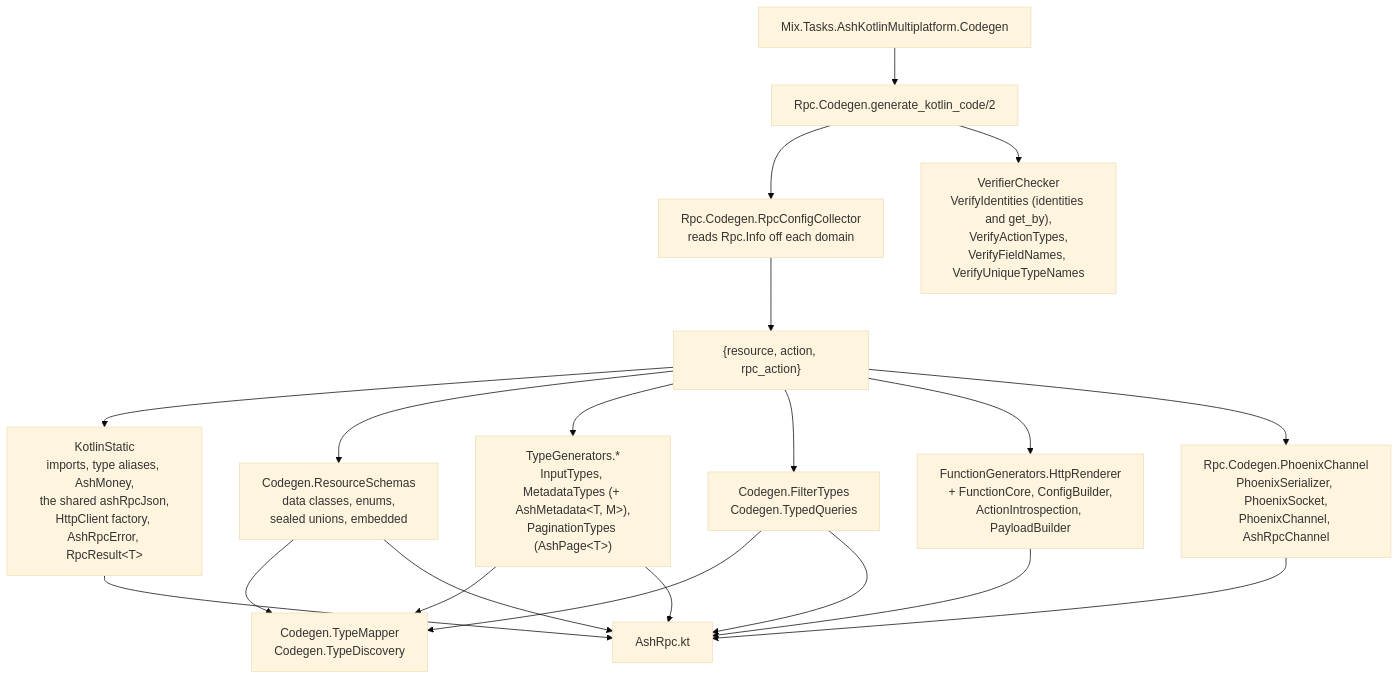
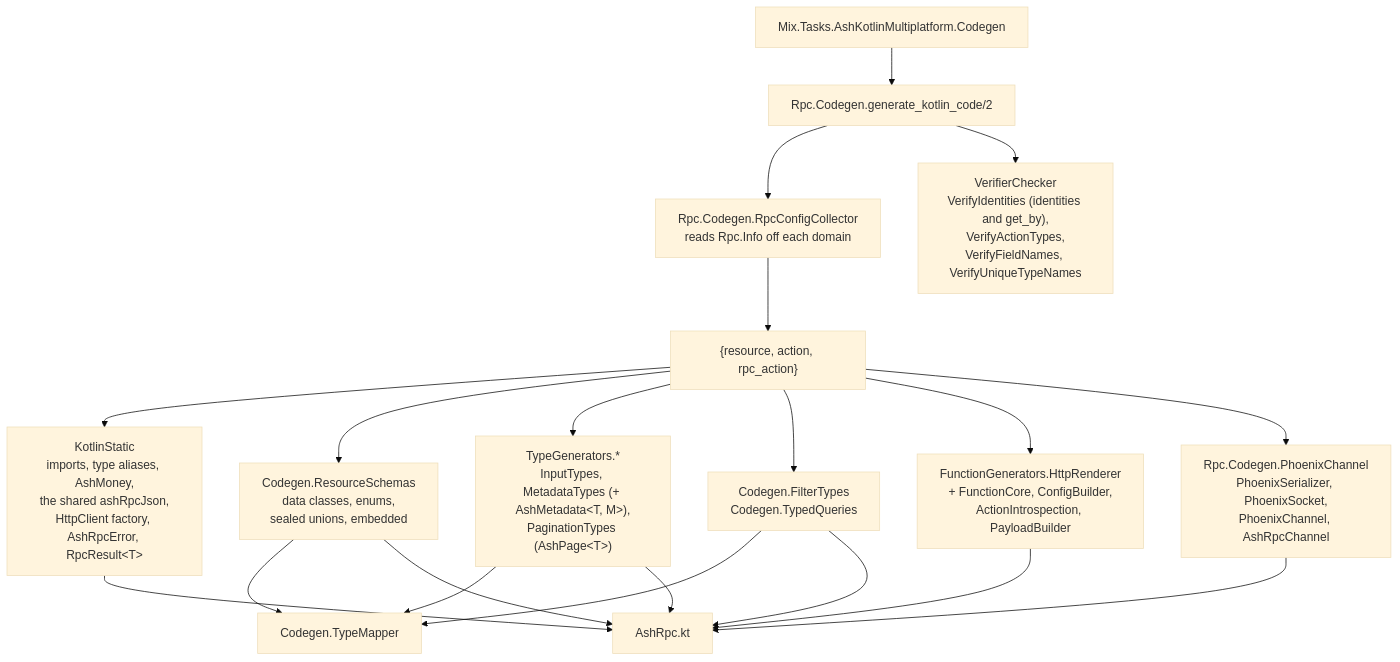
One commit to udin-io/ash_kotlin_multiplatform changed the third of 5 diagrams in docs/architecture.md. Above: the diagram before and after it, drawn with Mermaid (base theme). The commit also changed 4 other files, not shown here.

First line of the commit message:
Delete the dead Codegen.TypeDiscovery module (part of #27) (#83)

````diff
--- a/docs/architecture.md
+++ b/docs/architecture.md
@@ -91,27 +91,27 @@
 ```mermaid
 flowchart TD
     task["Mix.Tasks.AshKotlinMultiplatform.Codegen"] --> cg["Rpc.Codegen.generate_kotlin_code/2"]
 
     cg --> coll["Rpc.Codegen.RpcConfigCollector<br/>reads Rpc.Info off each domain"]
     cg --> vc["VerifierChecker<br/>VerifyIdentities (identities and get_by),<br/>VerifyActionTypes,<br/>VerifyFieldNames, VerifyUniqueTypeNames"]
 
     coll --> tuples["{resource, action, rpc_action}"]
 
     tuples --> static["KotlinStatic<br/>imports, type aliases, AshMoney,<br/>the shared ashRpcJson,<br/>HttpClient factory, AshRpcError, RpcResult&lt;T&gt;"]
     tuples --> schemas["Codegen.ResourceSchemas<br/>data classes, enums,<br/>sealed unions, embedded"]
     tuples --> types["TypeGenerators.*<br/>InputTypes, MetadataTypes (+ AshMetadata&lt;T, M&gt;),<br/>PaginationTypes (AshPage&lt;T&gt;)"]
     tuples --> filters["Codegen.FilterTypes<br/>Codegen.TypedQueries"]
     tuples --> fns["FunctionGenerators.HttpRenderer<br/>+ FunctionCore, ConfigBuilder,<br/>ActionIntrospection, PayloadBuilder"]
     tuples --> chan["Rpc.Codegen.PhoenixChannel<br/>PhoenixSerializer, PhoenixSocket,<br/>PhoenixChannel, AshRpcChannel"]
 
-    schemas --> tm["Codegen.TypeMapper<br/>Codegen.TypeDiscovery"]
+    schemas --> tm["Codegen.TypeMapper"]
     types --> tm
     filters --> tm
 
     static --> out["AshRpc.kt"]
     schemas --> out
     types --> out
     filters --> out
     fns --> out
     chan --> out
 ```
````
